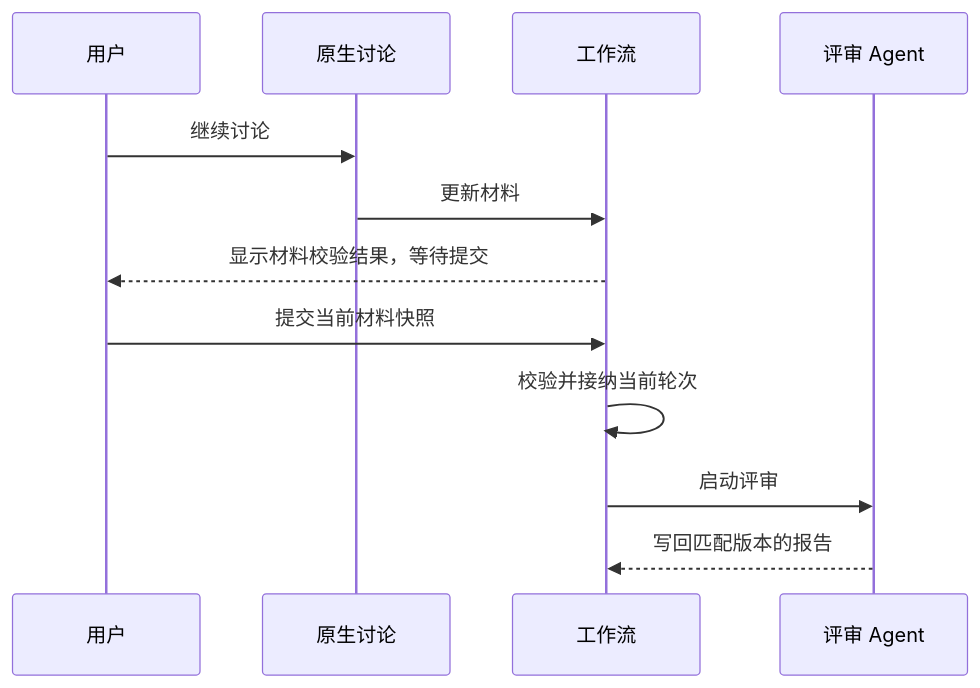
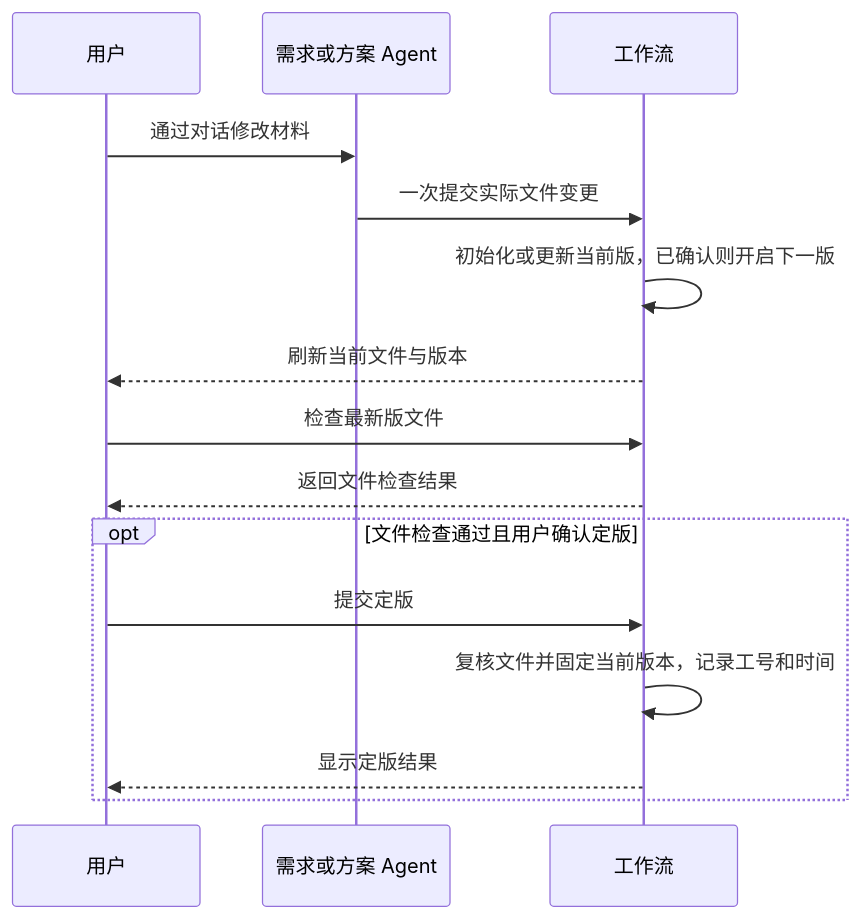
One commit to jchanghong023/ZCode changed the diagram in docs/specs/aireq/proposals.md. Above: the diagram before and after it, drawn with Mermaid. The commit also changed other lines of this file and 126 other files, not shown here.

````diff
--- a/docs/specs/aireq/proposals.md
+++ b/docs/specs/aireq/proposals.md
@@ -118,14 +17,17 @@
 ```mermaid
 sequenceDiagram
   participant U as 用户
-  participant C as 原生讨论
+  participant A as 需求或方案 Agent
   participant W as 工作流
-  participant R as 评审 Agent
-  U->>C: 继续讨论
-  C->>W: 更新材料
-  W-->>U: 显示材料校验结果，等待提交
-  U->>W: 提交当前材料快照
-  W->>W: 校验并接纳当前轮次
-  W->>R: 启动评审
-  R-->>W: 写回匹配版本的报告
+  U->>A: 通过对话修改材料
+  A->>W: 一次提交实际文件变更
+  W->>W: 初始化或更新当前版，已确认则开启下一版
+  W-->>U: 刷新当前文件与版本
+  U->>W: 检查最新版文件
+  W-->>U: 返回文件检查结果
+  opt 文件检查通过且用户确认定版
+    U->>W: 提交定版
+    W->>W: 复核文件并固定当前版本，记录工号和时间
+    W-->>U: 显示定版结果
+  end
 ```
````
